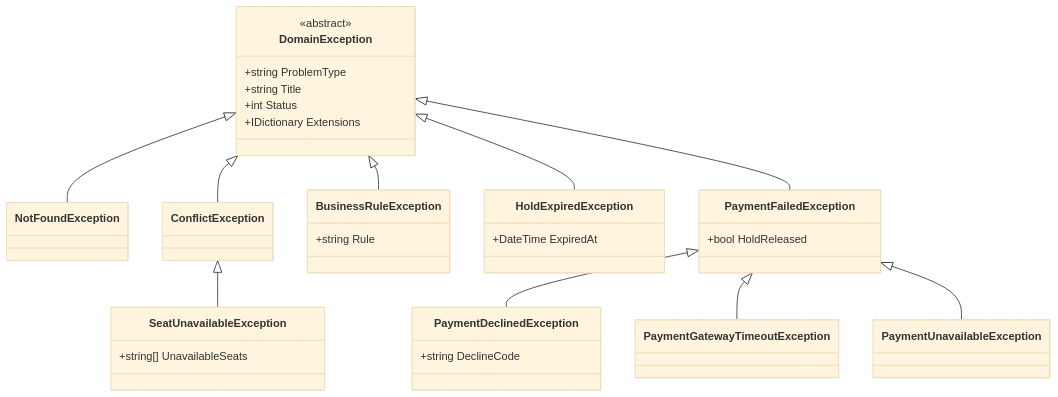
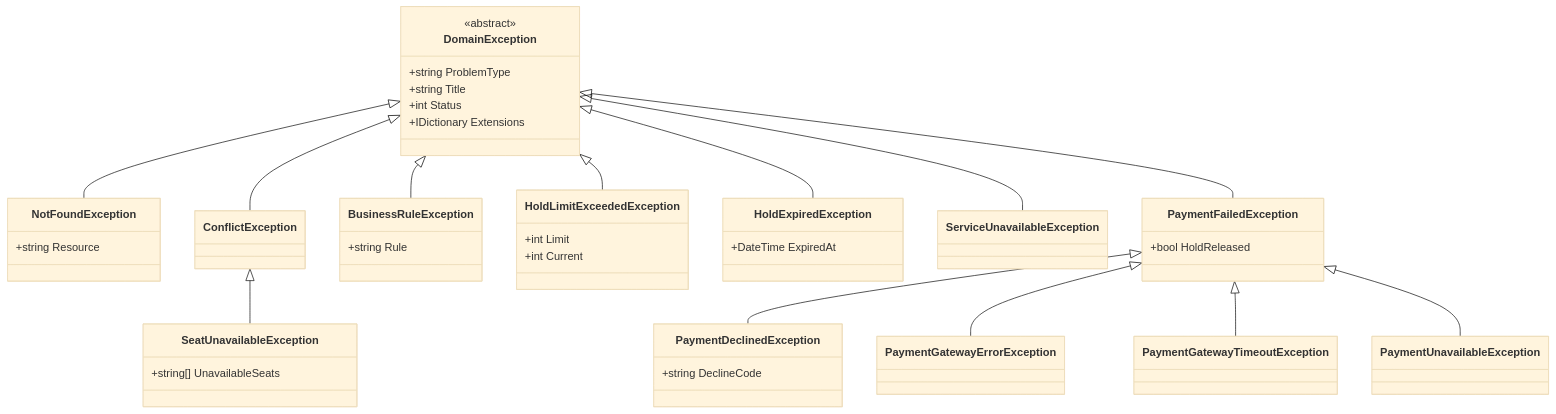
Before and after one commit to hrytsykvl/Ticketium: the third of 4 diagrams in docs/ERROR_HANDLING.md, drawn with Mermaid (base theme). The commit also changed other lines of this file and 6 other files, not shown here.

````diff
--- a/docs/ERROR_HANDLING.md
+++ b/docs/ERROR_HANDLING.md
@@ -287,39 +360,50 @@
 ```mermaid
 classDiagram
     class DomainException {
         <<abstract>>
         +string ProblemType
         +string Title
         +int Status
         +IDictionary Extensions
     }
-    class NotFoundException
+    class NotFoundException {
+        +string Resource
+    }
     class ConflictException
     class BusinessRuleException {
         +string Rule
+    }
+    class HoldLimitExceededException {
+        +int Limit
+        +int Current
     }
     class SeatUnavailableException {
         +string[] UnavailableSeats
     }
     class HoldExpiredException {
         +DateTime ExpiredAt
     }
+    class ServiceUnavailableException
     class PaymentFailedException {
         +bool HoldReleased
     }
     class PaymentDeclinedException {
         +string DeclineCode
     }
+    class PaymentGatewayErrorException
     class PaymentGatewayTimeoutException
     class PaymentUnavailableException
 
     DomainException <|-- NotFoundException
     DomainException <|-- ConflictException
     DomainException <|-- BusinessRuleException
+    DomainException <|-- HoldLimitExceededException
     DomainException <|-- HoldExpiredException
+    DomainException <|-- ServiceUnavailableException
     DomainException <|-- PaymentFailedException
     ConflictException <|-- SeatUnavailableException
     PaymentFailedException <|-- PaymentDeclinedException
+    PaymentFailedException <|-- PaymentGatewayErrorException
     PaymentFailedException <|-- PaymentGatewayTimeoutException
     PaymentFailedException <|-- PaymentUnavailableException
 ```
````
